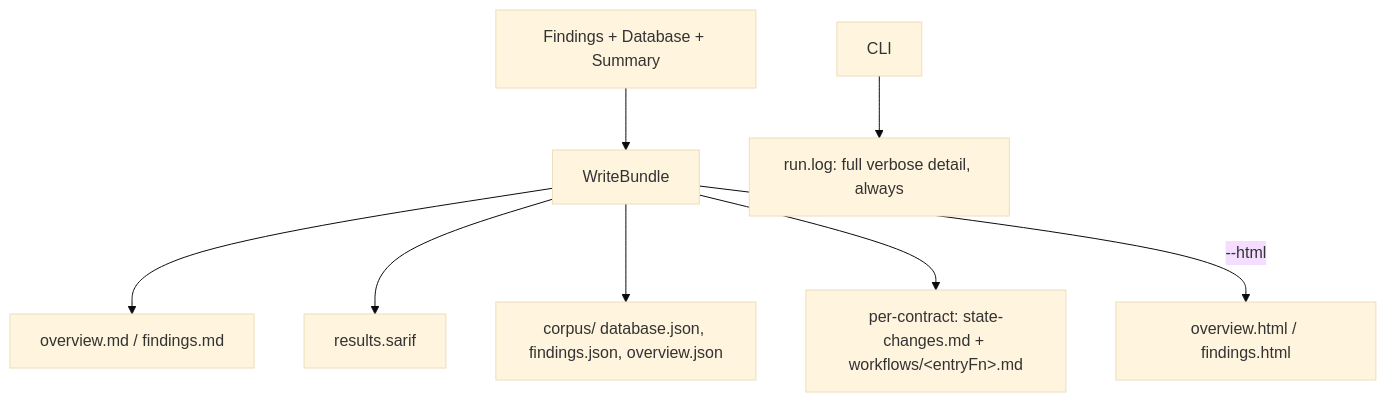
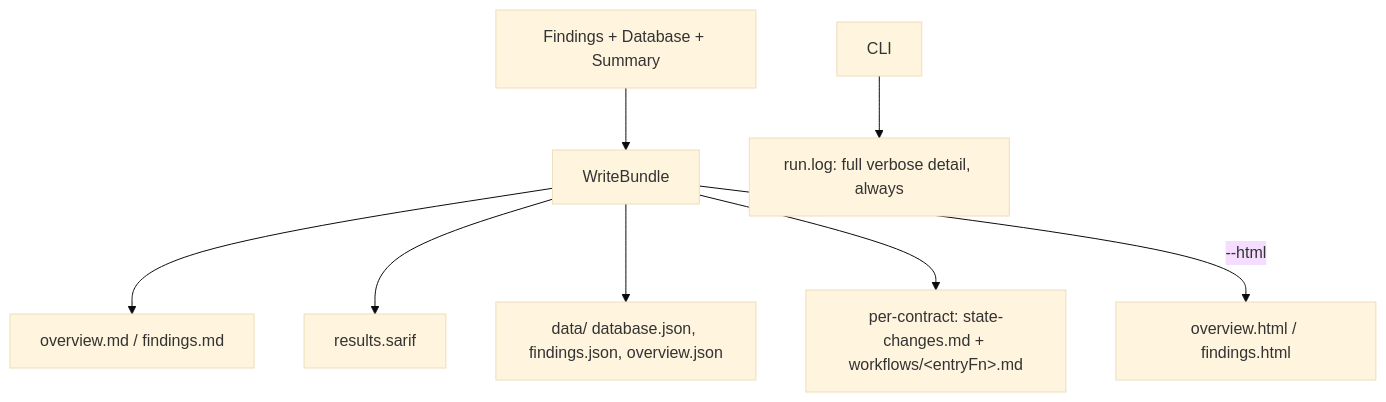
Before and after one commit to th13vn/w3goaudit: the fourth of 8 diagrams in docs/workflows.md, drawn with Mermaid (base theme). The commit also changed other lines of this file and 65 other files, not shown here.

````diff
--- a/docs/workflows.md
+++ b/docs/workflows.md
@@ -195,10 +202,10 @@
 ```mermaid
 graph TD
     A[Findings + Database + Summary] --> B[WriteBundle]
     B --> C[overview.md / findings.md]
     B --> D[results.sarif]
-    B --> E[corpus/ database.json, findings.json, overview.json]
+    B --> E[data/ database.json, findings.json, overview.json]
     B --> F["per-contract: state-changes.md + workflows/&lt;entryFn&gt;.md"]
     B -->|--html| G[overview.html / findings.html]
     H[CLI] --> I[run.log: full verbose detail, always]
 ```
````
